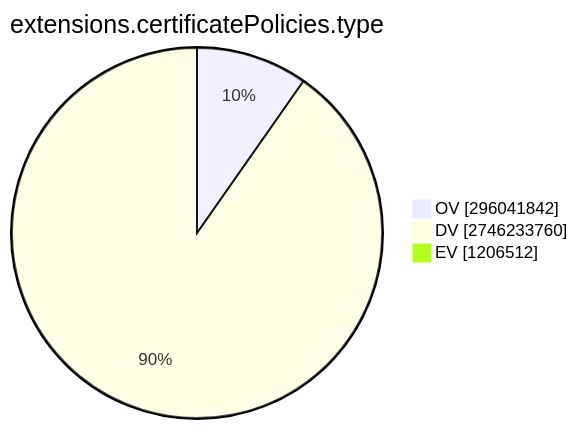
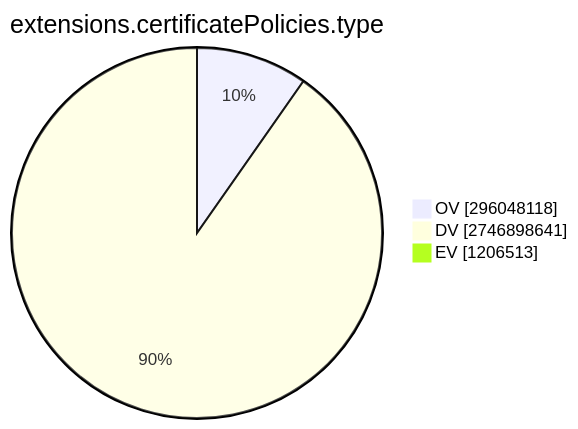
One commit to christiankrug/ctmonitor_visualization changed the ninth of 15 diagrams in TOTAL/README.md. Above: the diagram before and after it, drawn with Mermaid. The commit also changed other lines of this file, not shown here.

````diff
--- a/TOTAL/README.md
+++ b/TOTAL/README.md
@@ -3098,7 +3098,7 @@
 ```mermaid
 pie showData
 title extensions.certificatePolicies.type
-"OV" :296041842
-"DV" :2746233760
-"EV" :1206512
+"OV" :296048118
+"DV" :2746898641
+"EV" :1206513
 ```
````
